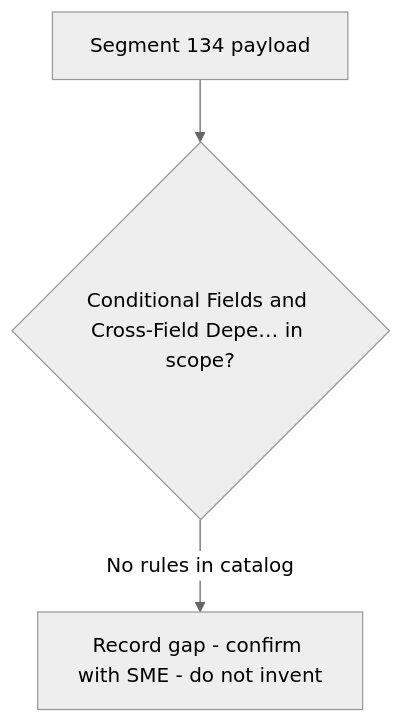
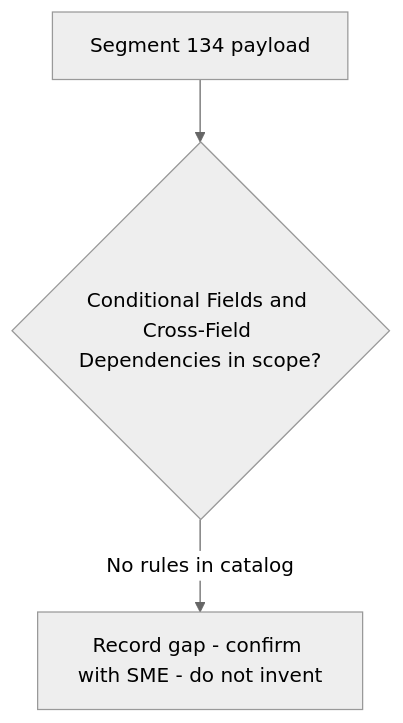
The diagram in regression-artifact-validator/specifications/ATL105/docs/specs/kb/segment-134/conditional-dependency-rules-flow.md (DhanSingh-hub/core-auth-ai-validation-framework), drawn with Mermaid (neutral theme) before and after one commit. The commit also changed 150 other files, not shown here.

````diff
--- a/regression-artifact-validator/specifications/ATL105/docs/specs/kb/segment-134/conditional-dependency-rules-flow.md
+++ b/regression-artifact-validator/specifications/ATL105/docs/specs/kb/segment-134/conditional-dependency-rules-flow.md
@@ -3,5 +3,5 @@
 ```mermaid
 flowchart TD
-    A[Segment 134 payload] --> B{Conditional Fields and Cross-Field Depe… in scope?}
+    A[Segment 134 payload] --> B{Conditional Fields and Cross-Field Dependencies in scope?}
     B -->|No rules in catalog| G[Record gap - confirm with SME - do not invent]
 ```
````
